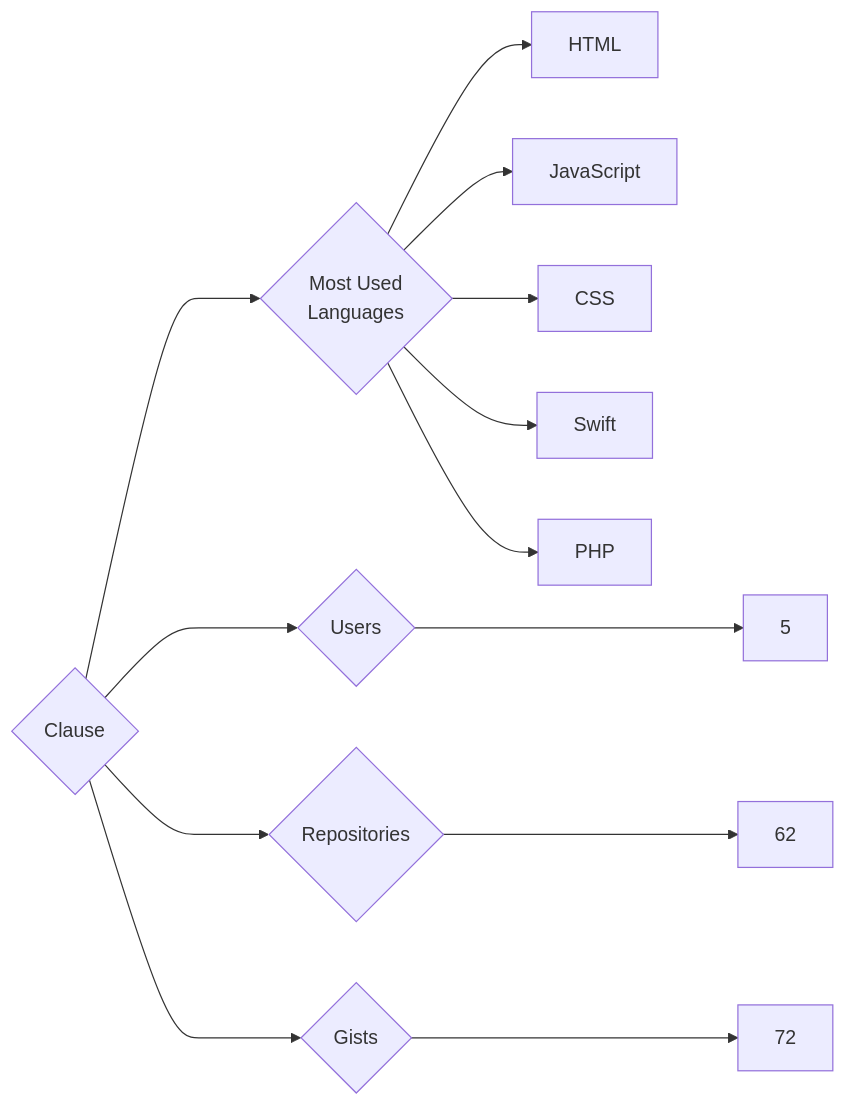
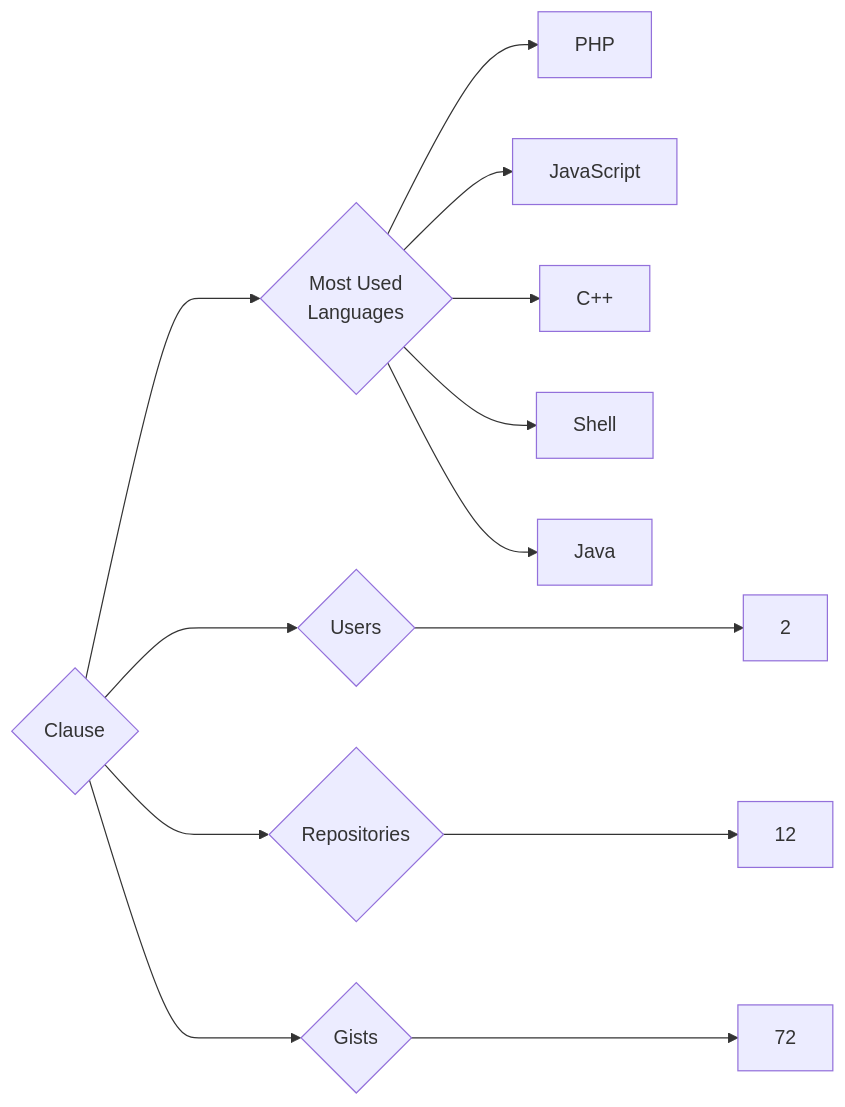
One commit to trickest/insiders changed the diagram in targets/Clause/README.md. Above: the diagram before and after it, drawn with Mermaid. The commit also changed 838 other files, not shown here.

````diff
--- a/targets/Clause/README.md
+++ b/targets/Clause/README.md
@@ -3,13 +3,13 @@
 ```mermaid
 graph LR
 COMPANY_NAME{Clause}
-COMPANY_NAME ---> U{Users} ---> UN[5]
-COMPANY_NAME ---> R{Repositories} ---> RN[62]
+COMPANY_NAME ---> U{Users} ---> UN[2]
+COMPANY_NAME ---> R{Repositories} ---> RN[12]
 COMPANY_NAME ---> G{Gists} ---> GN[72]
 COMPANY_NAME ---> ML{Most Used<br>Languages}
-ML --> HTML[HTML]
+ML --> PHP[PHP]
 ML --> JavaScript[JavaScript]
-ML --> CSS[CSS]
-ML --> Swift[Swift]
-ML --> PHP[PHP]
+ML --> C++[C++]
+ML --> Shell[Shell]
+ML --> Java[Java]
 ```
````
